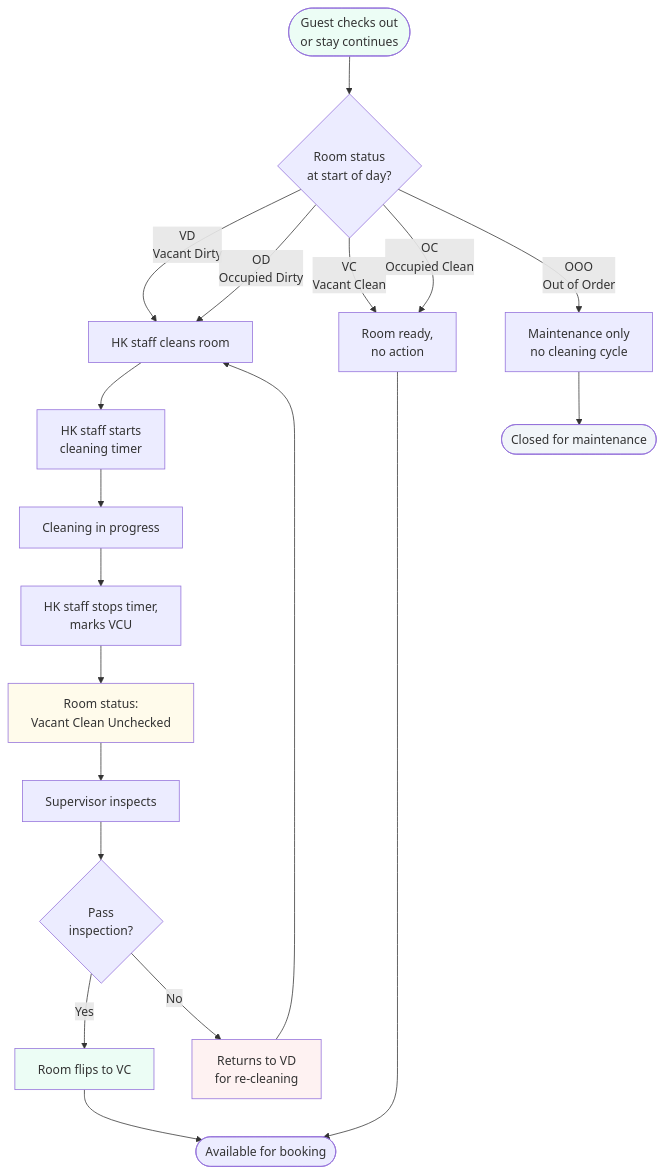
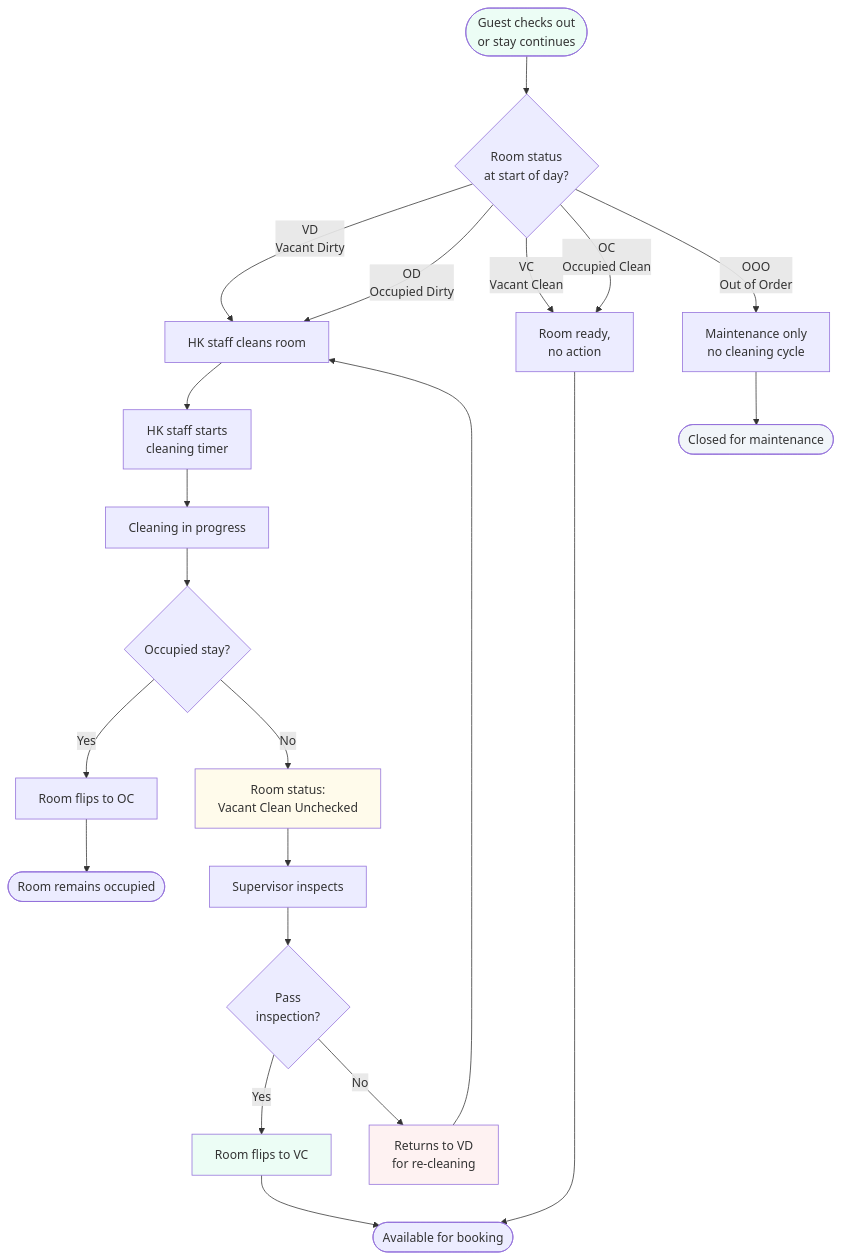
The sixth of 9 diagrams in docs/business_process_mvp.md (nurmareko/zadd-hotel-pms), drawn with Mermaid before and after one commit. The commit also changed other lines of this file and 11 other files, not shown here.

````diff
--- a/docs/business_process_mvp.md
+++ b/docs/business_process_mvp.md
@@ -192,30 +192,32 @@
 ```mermaid
 flowchart TD
     A([Guest checks out<br/>or stay continues]) --> B{Room status<br/>at start of day?}
 
     B -->|VD<br/>Vacant Dirty| C[HK staff cleans room]
     B -->|OD<br/>Occupied Dirty| C
     B -->|VC<br/>Vacant Clean| D[Room ready,<br/>no action]
     B -->|OC<br/>Occupied Clean| D
     B -->|OOO<br/>Out of Order| E[Maintenance only<br/>no cleaning cycle]
 
     C --> F[HK staff starts<br/>cleaning timer]
     F --> G[Cleaning in progress]
-    G --> H[HK staff stops timer,<br/>marks VCU]
-    H --> I[Room status:<br/>Vacant Clean Unchecked]
+    G --> H{Occupied stay?}
+    H -->|Yes| P[Room flips to OC]
+    H -->|No| I[Room status:<br/>Vacant Clean Unchecked]
     I --> J[Supervisor inspects]
     J --> K{Pass<br/>inspection?}
     K -->|Yes| L[Room flips to VC]
     K -->|No| M[Returns to VD<br/>for re-cleaning]
     M --> C
 
+    P --> Q([Room remains occupied])
     L --> N([Available for booking])
     D --> N
     E --> O([Closed for maintenance])
 
     style A fill:#ecfdf5
     style I fill:#fffbeb
     style L fill:#ecfdf5
     style M fill:#fef2f2
     style O fill:#f1f5f9
 ```
````
